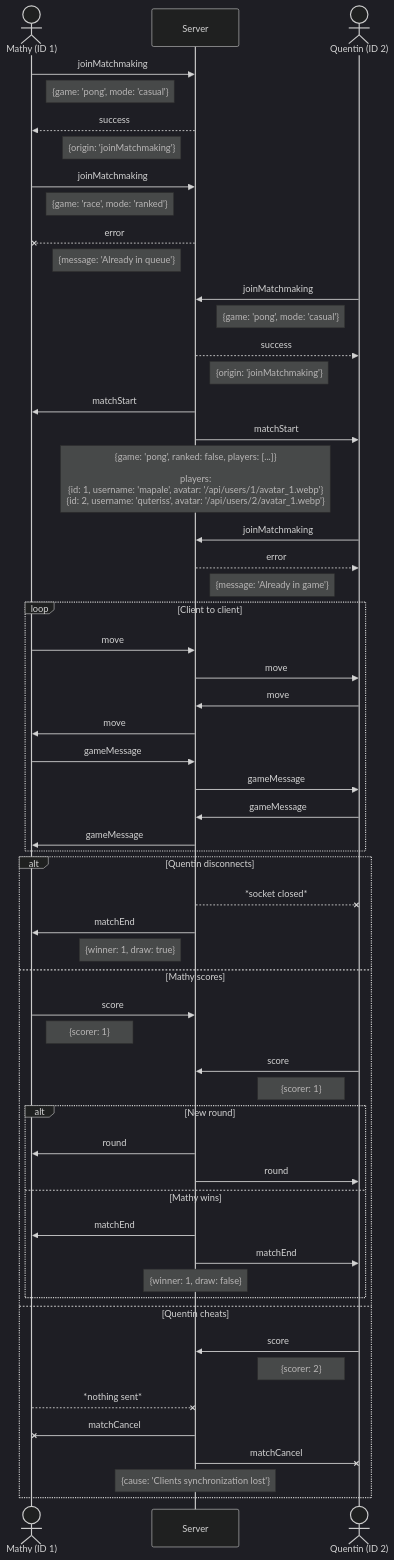
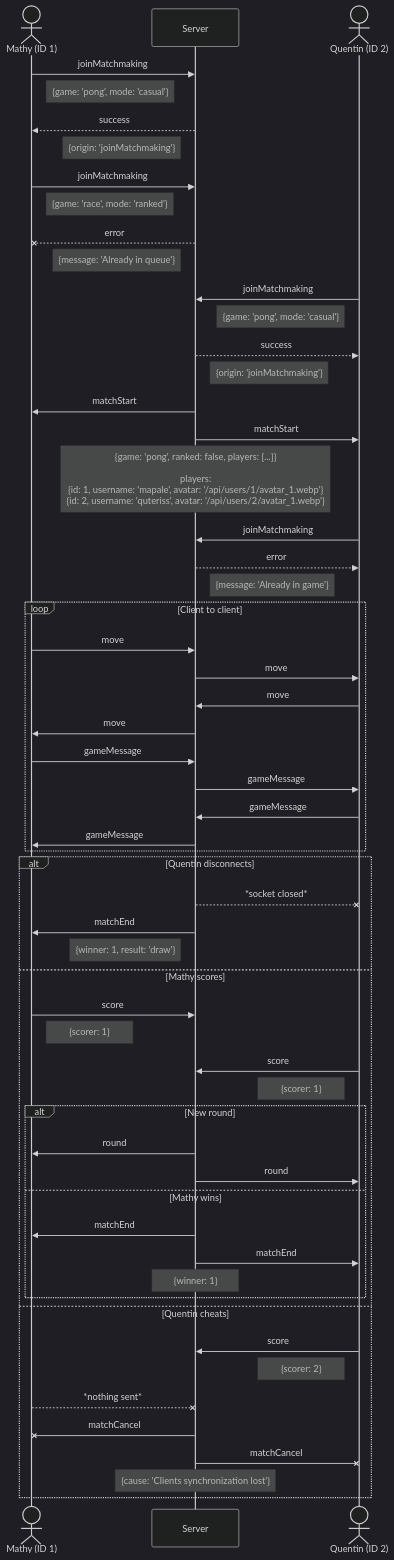
One commit to deydoux/42cursus-ft_transcendence changed the diagram in docs/WebSocket/match.md. Above: the diagram before and after it, drawn with Mermaid (dark theme). The commit also changed 6 other files, not shown here.

Commit message:
Refactor: update match result handling to use 'result' field instead of 'draw' boolean

````diff
--- a/docs/WebSocket/match.md
+++ b/docs/WebSocket/match.md
@@ -3,70 +3,70 @@
 ```mermaid
 sequenceDiagram
   actor m as Mathy (ID 1)
   participant s as Server
   actor q as Quentin (ID 2)
 
   m ->> s: joinMatchmaking
   Note right of m: {game: 'pong', mode: 'casual'}
   s -->> m: success
   Note left of s: {origin: 'joinMatchmaking'}
 
   m ->> s: joinMatchmaking
   Note right of m: {game: 'race', mode: 'ranked'}
   s --x m: error
   Note left of s: {message: 'Already in queue'}
 
   q ->> s: joinMatchmaking
   Note left of q: {game: 'pong', mode: 'casual'}
   s -->> q: success
   Note right of s: {origin: 'joinMatchmaking'}
 
   s ->> m: matchStart
   s ->> q: matchStart
   Note over s: {game: 'pong', ranked: false, players: [...]}<br><br> players:<br>{id: 1, username: 'mapale', avatar: '/api/users/1/avatar_1.webp'}<br>{id: 2, username: 'quteriss', avatar: '/api/users/2/avatar_1.webp'}
 
   q ->> s: joinMatchmaking
   s -->> q: error
   Note right of s: {message: 'Already in game'}
 
   loop Client to client
     m ->> s: move
     s ->> q: move
     q ->> s: move
     s ->> m: move
 
     m ->> s: gameMessage
     s ->> q: gameMessage
     q ->> s: gameMessage
     s ->> m: gameMessage
   end
 
   alt Quentin disconnects
     s --x q: *socket closed*
     s ->> m: matchEnd
-    Note left of s: {winner: 1, draw: true}
+    Note left of s: {winner: 1, result: 'draw'}
 
   else Mathy scores
     m ->> s: score
     Note right of m: {scorer: 1}
     q ->> s: score
     Note left of q: {scorer: 1}
 
     alt New round
       s ->> m: round
       s ->> q: round
     else Mathy wins
       s ->> m: matchEnd
       s ->> q: matchEnd
-      Note over s: {winner: 1, draw: false}
+      Note over s: {winner: 1}
     end
 
   else Quentin cheats
     q ->> s: score
     Note left of q: {scorer: 2}
     m --x s: *nothing sent*
     s -x m: matchCancel
     s -x q: matchCancel
     Note over s: {cause: 'Clients synchronization lost'}
   end
 ```
````
